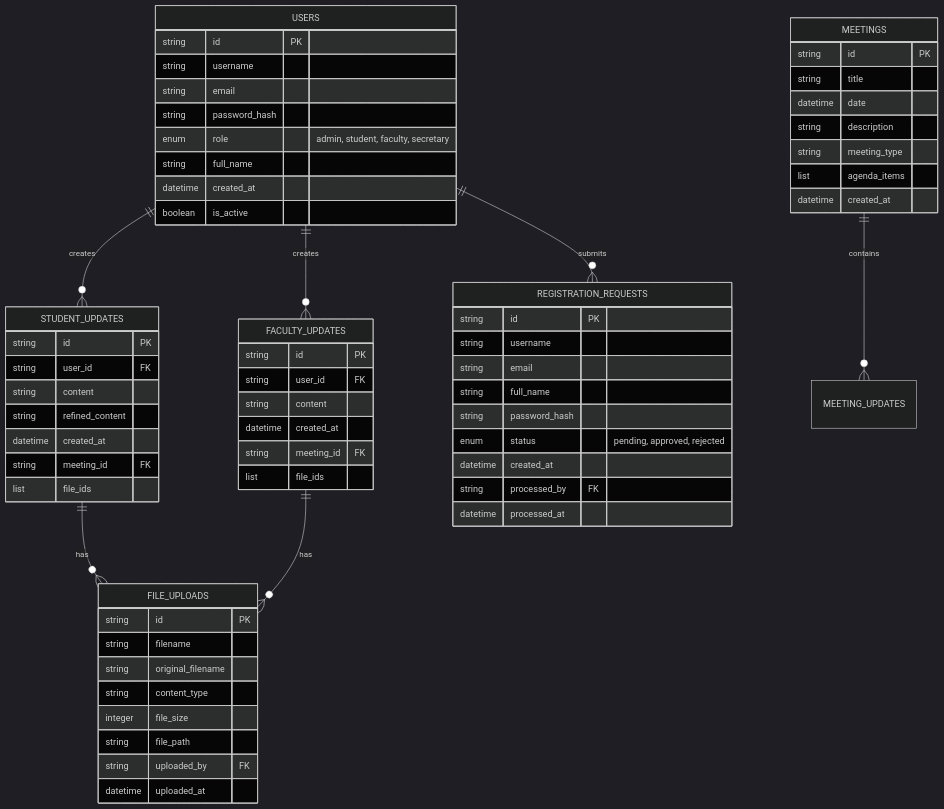
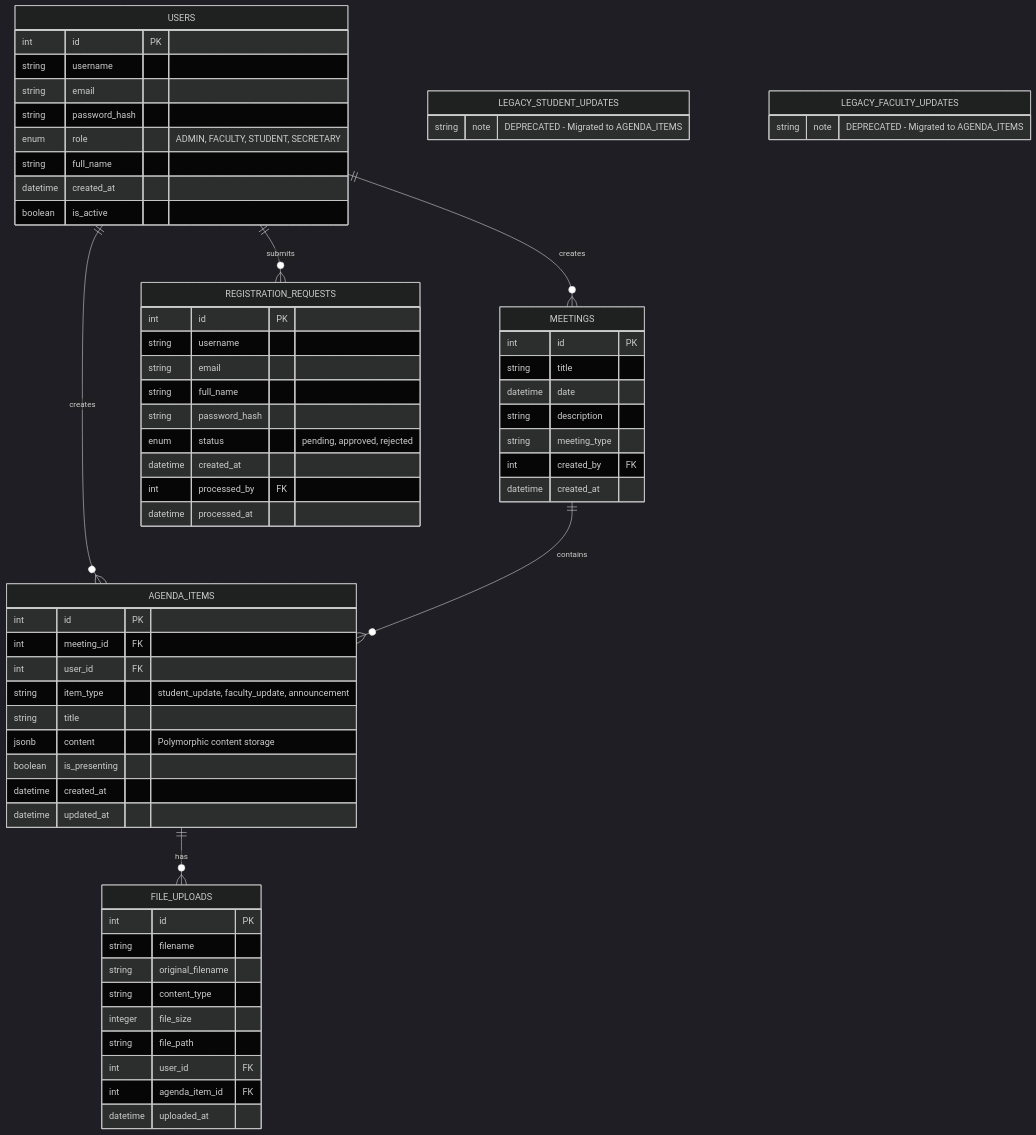
The third of 7 diagrams in docs/architecture-diagram.md (Ara-Alexandrian/DoR-Dash), drawn with Mermaid (dark theme) before and after one commit. The commit also changed other lines of this file and 12 other files, not shown here.

````diff
--- a/docs/architecture-diagram.md
+++ b/docs/architecture-diagram.md
@@ -95,72 +115,73 @@
 ```mermaid
 erDiagram
-    USERS ||--o{ STUDENT_UPDATES : creates
-    USERS ||--o{ FACULTY_UPDATES : creates
+    USERS ||--o{ AGENDA_ITEMS : creates
+    USERS ||--o{ MEETINGS : creates
     USERS ||--o{ REGISTRATION_REQUESTS : submits
-    MEETINGS ||--o{ MEETING_UPDATES : contains
-    STUDENT_UPDATES ||--o{ FILE_UPLOADS : has
-    FACULTY_UPDATES ||--o{ FILE_UPLOADS : has
+    MEETINGS ||--o{ AGENDA_ITEMS : contains
+    AGENDA_ITEMS ||--o{ FILE_UPLOADS : has
 
     USERS {
-        string id PK
+        int id PK
         string username
         string email
         string password_hash
-        enum role "admin, student, faculty, secretary"
+        enum role "ADMIN, FACULTY, STUDENT, SECRETARY"
         string full_name
         datetime created_at
         boolean is_active
     }
 
-    STUDENT_UPDATES {
-        string id PK
-        string user_id FK
-        string content
-        string refined_content
+    AGENDA_ITEMS {
+        int id PK
+        int meeting_id FK
+        int user_id FK
+        string item_type "student_update, faculty_update, announcement"
+        string title
+        jsonb content "Polymorphic content storage"
+        boolean is_presenting
         datetime created_at
-        string meeting_id FK
-        list file_ids
-    }
-
-    FACULTY_UPDATES {
-        string id PK
-        string user_id FK
-        string content
-        datetime created_at
-        string meeting_id FK
-        list file_ids
+        datetime updated_at
     }
 
     MEETINGS {
-        string id PK
+        int id PK
         string title
         datetime date
         string description
         string meeting_type
-        list agenda_items
+        int created_by FK
         datetime created_at
     }
 
     FILE_UPLOADS {
-        string id PK
+        int id PK
         string filename
         string original_filename
         string content_type
         integer file_size
         string file_path
-        string uploaded_by FK
+        int user_id FK
+        int agenda_item_id FK
         datetime uploaded_at
     }
 
     REGISTRATION_REQUESTS {
-        string id PK
+        int id PK
         string username
         string email
         string full_name
         string password_hash
         enum status "pending, approved, rejected"
         datetime created_at
-        string processed_by FK
+        int processed_by FK
         datetime processed_at
     }
+
+    LEGACY_STUDENT_UPDATES {
+        string note "DEPRECATED - Migrated to AGENDA_ITEMS"
+    }
+
+    LEGACY_FACULTY_UPDATES {
+        string note "DEPRECATED - Migrated to AGENDA_ITEMS"
+    }
 ```
````
